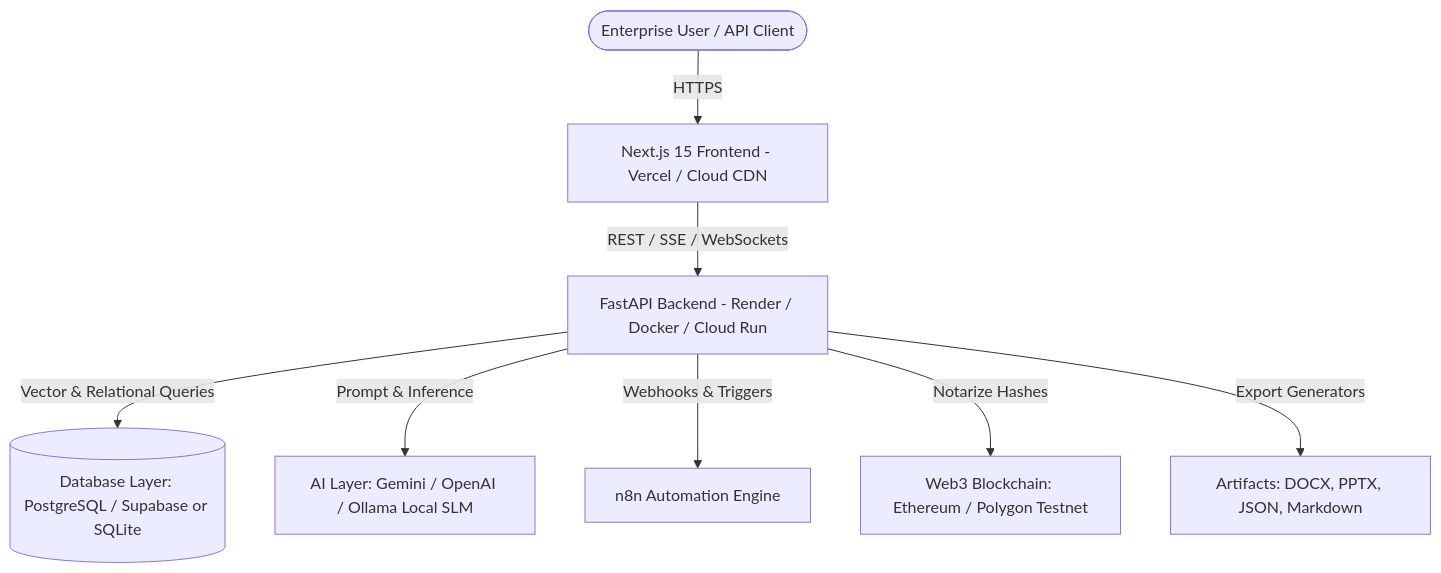
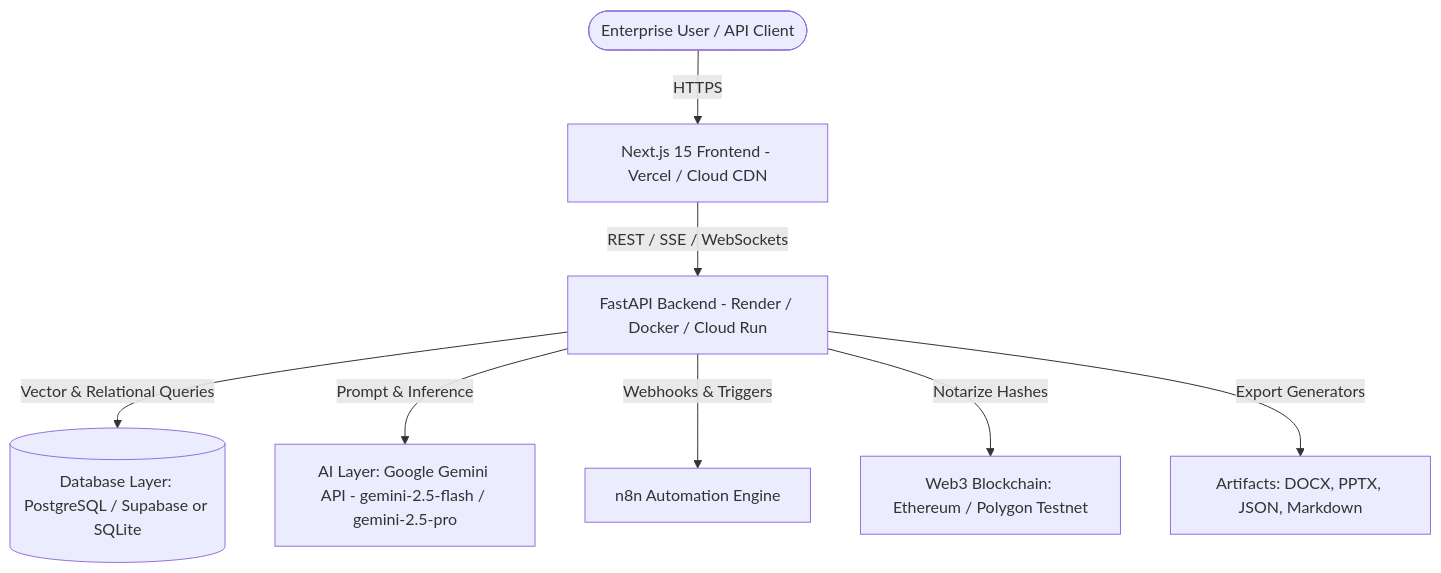
Before and after one commit to shreyasdbangeraa/Content_Transformer: the diagram in BRD.md, drawn with Mermaid. The commit also changed other lines of this file and 4 other files, not shown here.

````diff
--- a/BRD.md
+++ b/BRD.md
@@ -92,12 +92,12 @@
 ```mermaid
 graph TD
     User([Enterprise User / API Client]) -->|HTTPS| Frontend[Next.js 15 Frontend - Vercel / Cloud CDN]
     Frontend -->|REST / SSE / WebSockets| Backend[FastAPI Backend - Render / Docker / Cloud Run]
     
     Backend -->|Vector & Relational Queries| DB[(Database Layer: PostgreSQL / Supabase or SQLite)]
-    Backend -->|Prompt & Inference| AI[AI Layer: Gemini / OpenAI / Ollama Local SLM]
+    Backend -->|Prompt & Inference| AI[AI Layer: Google Gemini API - gemini-2.5-flash / gemini-2.5-pro]
     Backend -->|Webhooks & Triggers| N8N[n8n Automation Engine]
     Backend -->|Notarize Hashes| Web3[Web3 Blockchain: Ethereum / Polygon Testnet]
     
     Backend -->|Export Generators| Files[Artifacts: DOCX, PPTX, JSON, Markdown]
 ```
````
